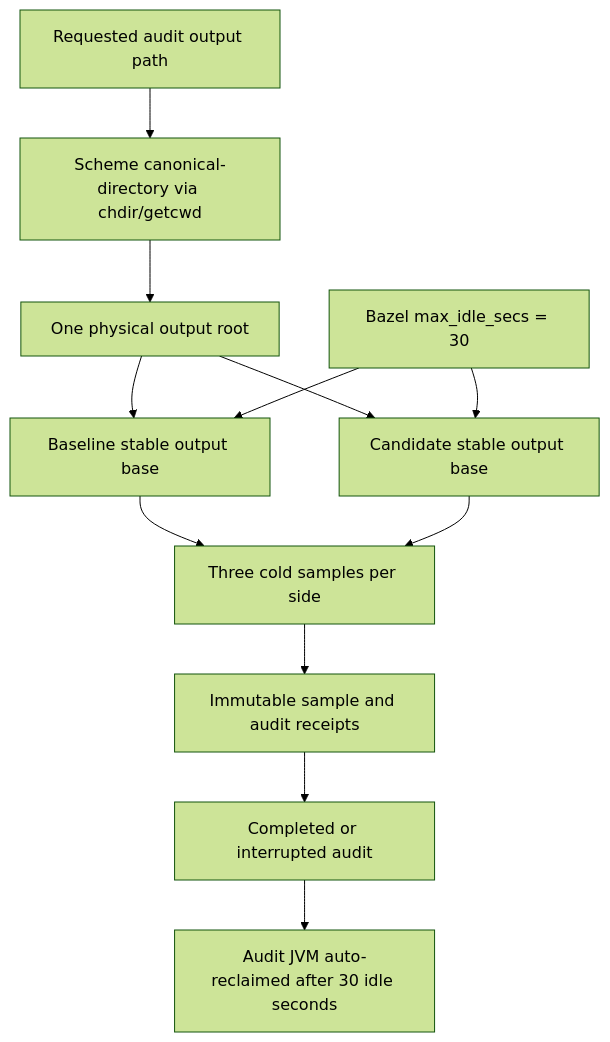
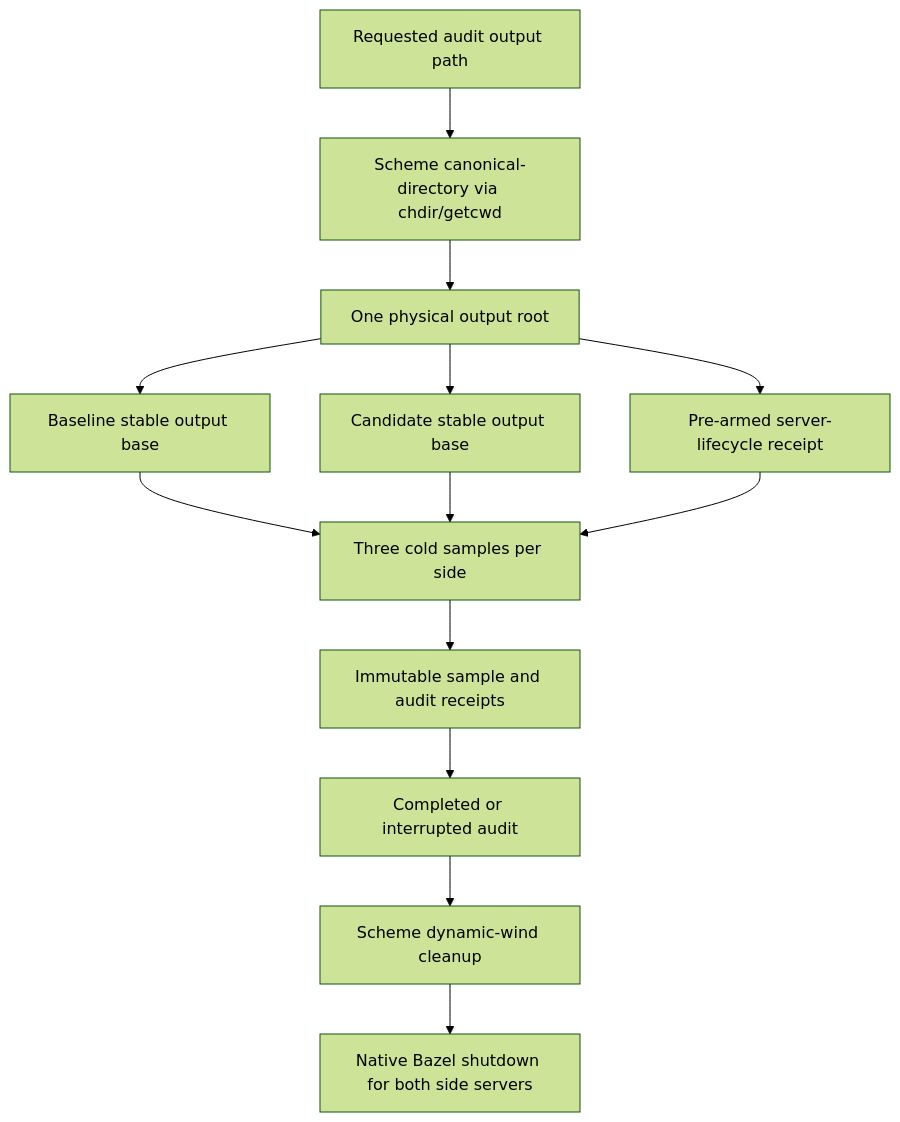
One commit to tao3k/poo-flow changed the seventh of 8 diagrams in docs/10-19-design/10.06-poo-module-system/156-gerbil-bazel-pr29-downstream-performance-receipt.org. Above: the diagram before and after it, drawn with Mermaid (forest theme). The commit also changed other lines of this file and 3 other files, not shown here.

Commit message:
fix(build): own audit Bazel server lifecycle

```diff
--- a/docs/10-19-design/10.06-poo-module-system/156-gerbil-bazel-pr29-downstream-performance-receipt.org
+++ b/docs/10-19-design/10.06-poo-module-system/156-gerbil-bazel-pr29-downstream-performance-receipt.org
@@ -500,25 +503,27 @@
 #+begin_src mermaid
 flowchart TD
   Input["Requested audit output path"]
   Canonical["Scheme canonical-directory via chdir/getcwd"]
   Physical["One physical output root"]
   Baseline["Baseline stable output base"]
   Candidate["Candidate stable output base"]
-  Idle["Bazel max_idle_secs = 30"]
+  Armed["Pre-armed server-lifecycle receipt"]
   Samples["Three cold samples per side"]
   Receipt["Immutable sample and audit receipts"]
   Exit["Completed or interrupted audit"]
-  Reclaim["Audit JVM auto-reclaimed after 30 idle seconds"]
+  Cleanup["Scheme dynamic-wind cleanup"]
+  Reclaim["Native Bazel shutdown for both side servers"]
 
   Input --> Canonical
   Canonical --> Physical
   Physical --> Baseline
   Physical --> Candidate
+  Physical --> Armed
   Baseline --> Samples
   Candidate --> Samples
-  Idle --> Baseline
-  Idle --> Candidate
+  Armed --> Samples
   Samples --> Receipt
   Receipt --> Exit
-  Exit --> Reclaim
+  Exit --> Cleanup
+  Cleanup --> Reclaim
 #+end_src
```
